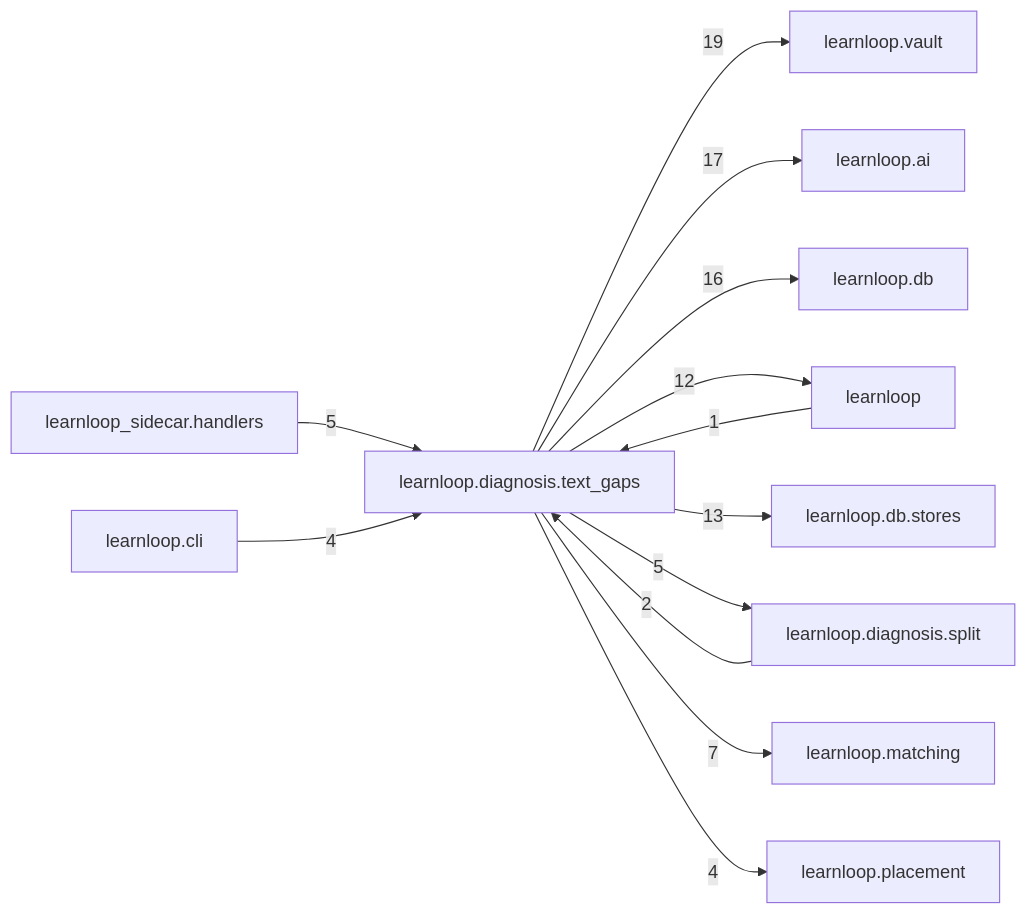
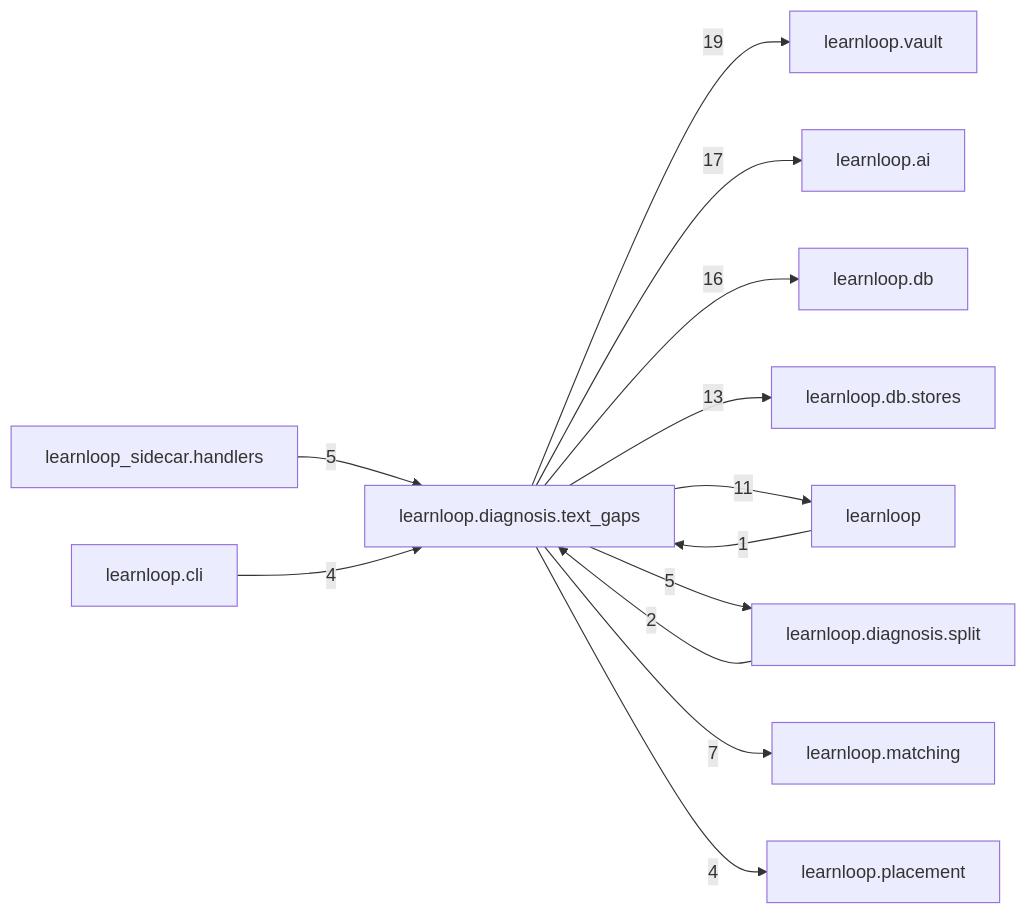
One commit to 6up-b/learnanything changed the diagram in docs/learnloop-architecture-vault/Reference/Modules/learnloop/diagnosis/text_gaps/_package.md. Above: the diagram before and after it, drawn with Mermaid. The commit also changed other lines of this file and 69 other files, not shown here.

````diff
--- a/docs/learnloop-architecture-vault/Reference/Modules/learnloop/diagnosis/text_gaps/_package.md
+++ b/docs/learnloop-architecture-vault/Reference/Modules/learnloop/diagnosis/text_gaps/_package.md
@@ -112,26 +112,26 @@
 ```mermaid
 flowchart LR
     center["learnloop.diagnosis.text_gaps"]
     n_learnloop_vault["learnloop.vault"]
     n_learnloop_ai["learnloop.ai"]
     n_learnloop_db["learnloop.db"]
+    n_learnloop_db_stores["learnloop.db.stores"]
     n_learnloop["learnloop"]
-    n_learnloop_db_stores["learnloop.db.stores"]
     n_learnloop_diagnosis_split["learnloop.diagnosis.split"]
     n_learnloop_matching["learnloop.matching"]
     n_learnloop_sidecar_handlers["learnloop_sidecar.handlers"]
     n_learnloop_cli["learnloop.cli"]
     n_learnloop_placement["learnloop.placement"]
     center -->|19| n_learnloop_vault
     center -->|17| n_learnloop_ai
     center -->|16| n_learnloop_db
+    center -->|13| n_learnloop_db_stores
     n_learnloop -->|1| center
-    center -->|12| n_learnloop
-    center -->|13| n_learnloop_db_stores
+    center -->|11| n_learnloop
     n_learnloop_diagnosis_split -->|2| center
     center -->|5| n_learnloop_diagnosis_split
     center -->|7| n_learnloop_matching
     n_learnloop_sidecar_handlers -->|5| center
     n_learnloop_cli -->|4| center
     center -->|4| n_learnloop_placement
 ```
````
